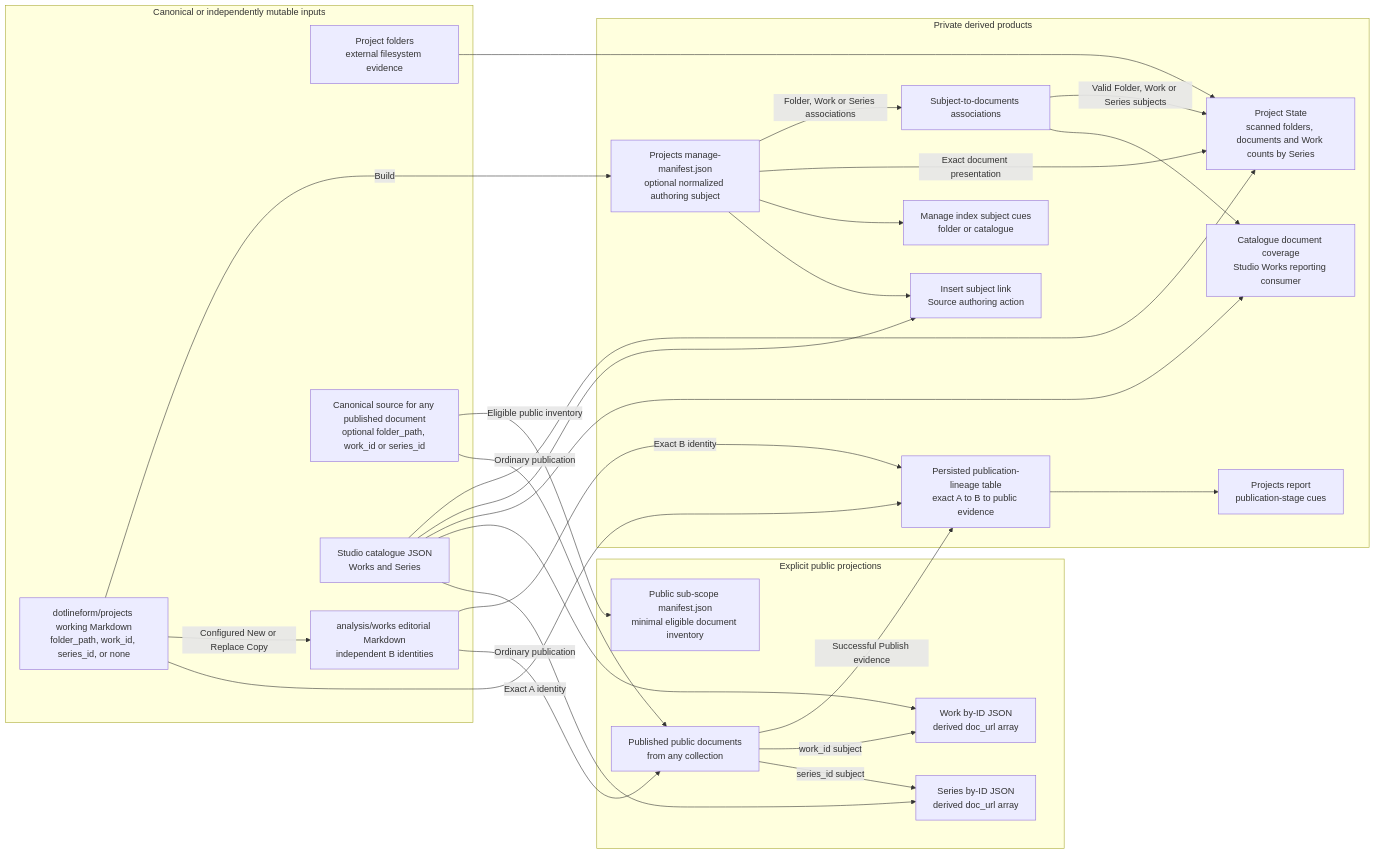
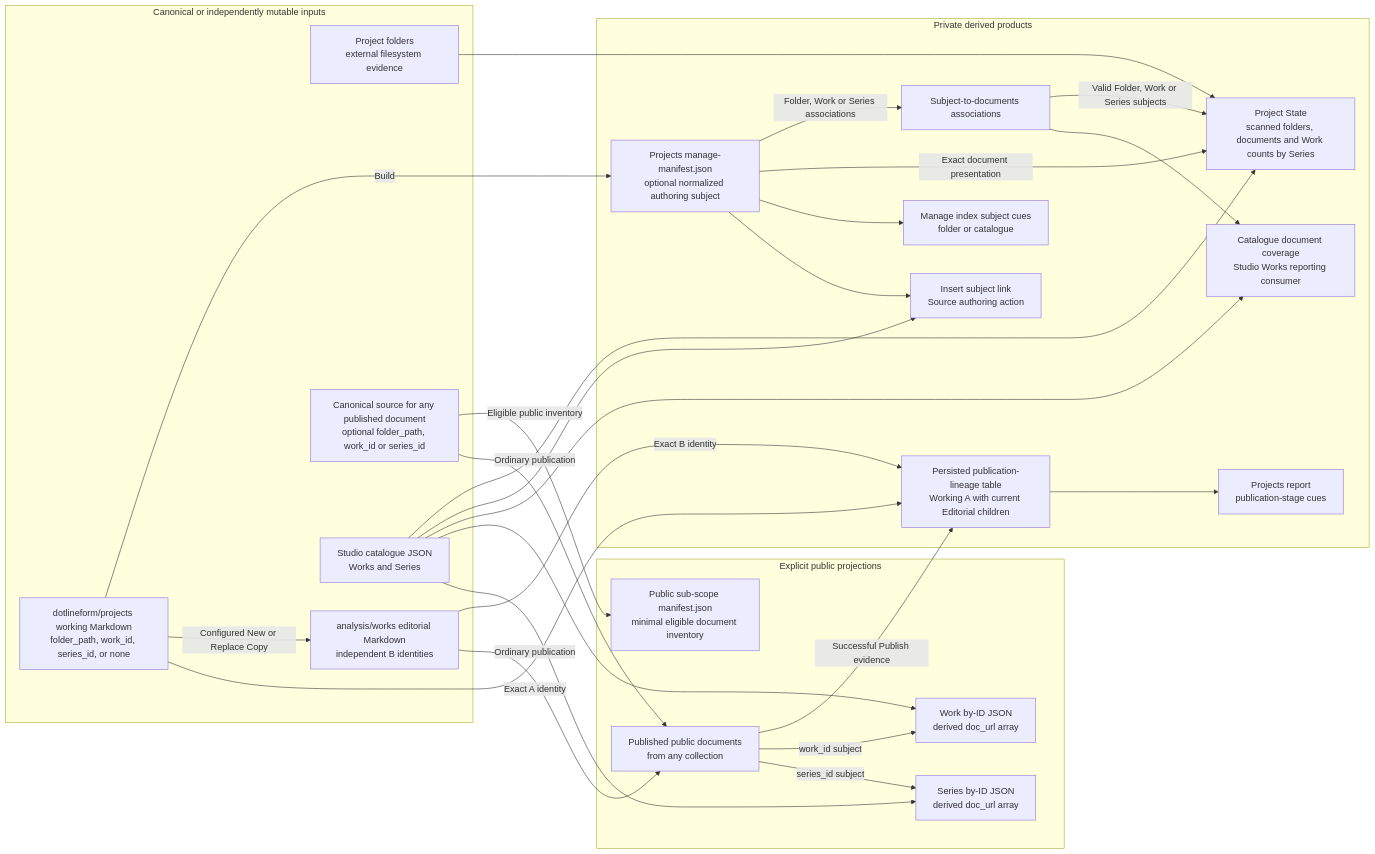
One commit to dotlineform/dotlineform-site changed the first of 3 diagrams in docs-viewer/scopes/studio/source/documents/d-20260802-194358-7717ee.md. Above: the diagram before and after it, drawn with Mermaid. The commit also changed other lines of this file and 16 other files, not shown here.

````diff
--- a/docs-viewer/scopes/studio/source/documents/d-20260802-194358-7717ee.md
+++ b/docs-viewer/scopes/studio/source/documents/d-20260802-194358-7717ee.md
@@ -21,55 +21,55 @@
 ```mermaid
 flowchart LR
     accTitle: Sub-Scope Publishing ownership and projection map
     accDescr: Canonical document source, canonical Studio JSON, and external folder evidence feed private manifests and focused products; documents published through ordinary configured workflows enter explicit public projections.
 
     subgraph inputs["Canonical or independently mutable inputs"]
         folders["Project folders<br/>external filesystem evidence"]
         projectDocs["dotlineform/projects working Markdown<br/>folder_path, work_id, series_id, or none"]
         editorialDocs["analysis/works editorial Markdown<br/>independent B identities"]
         publicSourceDocs["Canonical source for any published document<br/>optional folder_path, work_id or series_id"]
         catalogue["Studio catalogue JSON<br/>Works and Series"]
     end
 
     subgraph private["Private derived products"]
         projectManifest["Projects manage-manifest.json<br/>optional normalized authoring subject"]
         associations["Subject-to-documents associations"]
         projectState["Project State<br/>scanned folders, documents and Work counts by Series"]
         manageCues["Manage index subject cues<br/>folder or catalogue"]
         coverageReport["Catalogue document coverage<br/>Studio Works reporting consumer"]
         subjectLink["Insert subject link<br/>Source authoring action"]
-        publicationLineage["Persisted publication-lineage table<br/>exact A to B to public evidence"]
+        publicationLineage["Persisted publication-lineage table<br/>Working A with current Editorial children"]
         publicationCues["Projects report<br/>publication-stage cues"]
     end
 
     subgraph public["Explicit public projections"]
         publicManifest["Public sub-scope manifest.json<br/>minimal eligible document inventory"]
         publishedDocs["Published public documents<br/>from any collection"]
         workPayload["Work by-ID JSON<br/>derived doc_url array"]
         seriesPayload["Series by-ID JSON<br/>derived doc_url array"]
     end
 
     projectDocs -->|"Build"| projectManifest
     projectManifest -->|"Folder, Work or Series associations"| associations
     folders --> projectState
     catalogue --> projectState
     projectManifest -->|"Exact document presentation"| projectState
     associations -->|"Valid Folder, Work or Series subjects"| projectState
     projectManifest --> manageCues
     projectManifest --> subjectLink
     catalogue --> subjectLink
     associations --> coverageReport
     catalogue --> coverageReport
     projectDocs -->|"Configured New or Replace Copy"| editorialDocs
     projectDocs -->|"Exact A identity"| publicationLineage
     editorialDocs -->|"Exact B identity"| publicationLineage
     publicationLineage --> publicationCues
     publicSourceDocs -->|"Eligible public inventory"| publicManifest
     publicSourceDocs -->|"Ordinary publication"| publishedDocs
     editorialDocs -->|"Ordinary publication"| publishedDocs
     publishedDocs -->|"Successful Publish evidence"| publicationLineage
     publishedDocs -->|"work_id subject"| workPayload
     publishedDocs -->|"series_id subject"| seriesPayload
     catalogue --> workPayload
     catalogue --> seriesPayload
 ```
````
